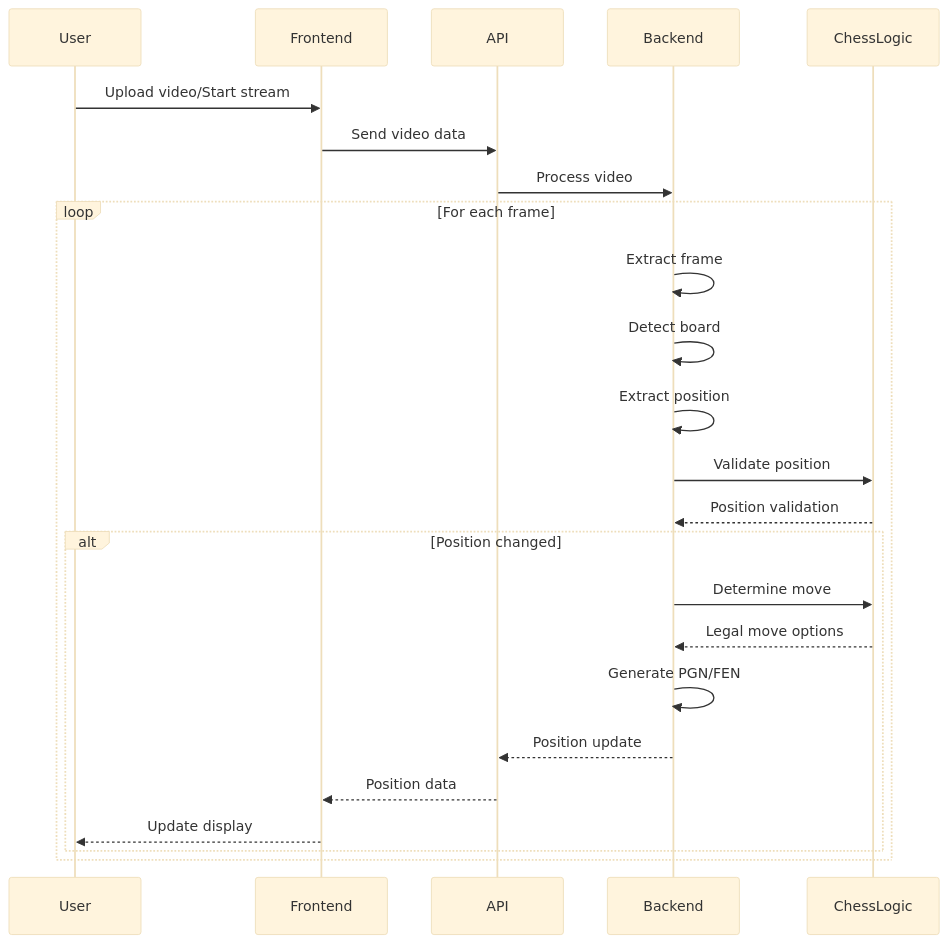
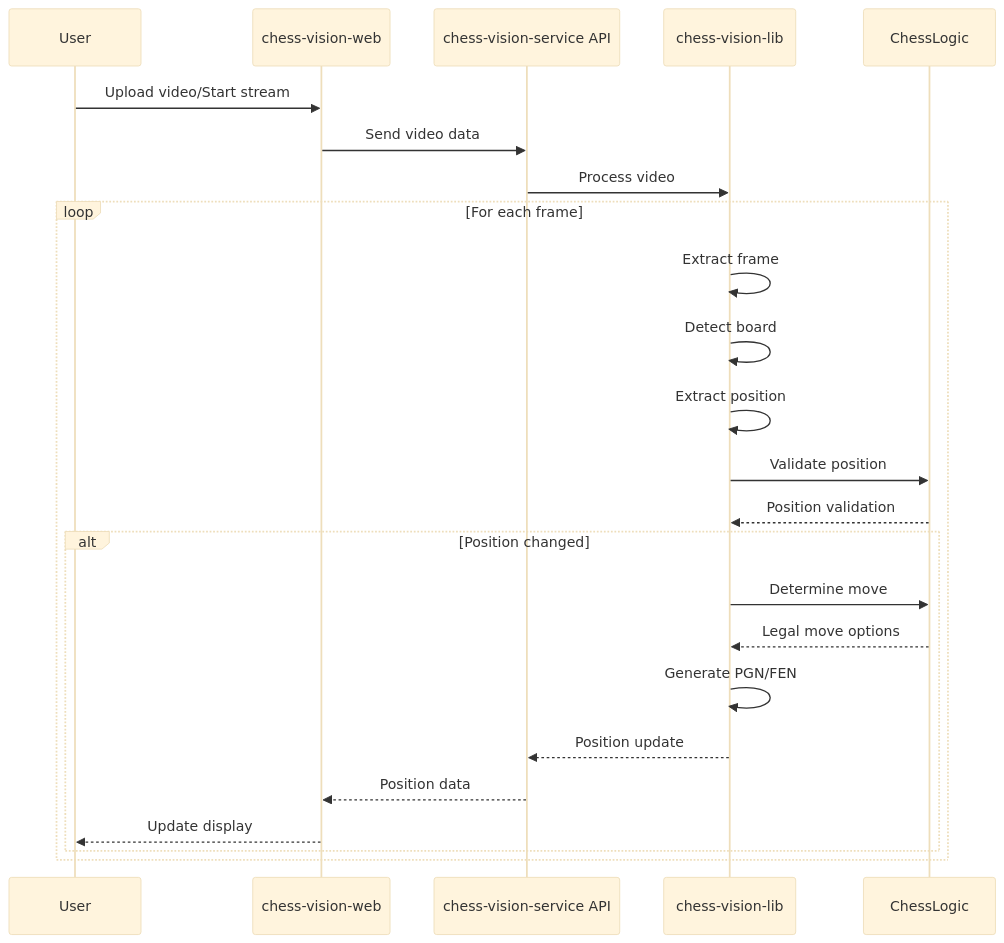
The second of 2 diagrams in memory-bank/systemPatterns.md (rsaiprasad/chessvision), drawn with Mermaid (base theme) before and after one commit. The commit also changed other lines of this file and 24 other files, not shown here.

````diff
--- a/memory-bank/systemPatterns.md
+++ b/memory-bank/systemPatterns.md
@@ -111,29 +123,29 @@
 ```mermaid
 sequenceDiagram
     participant User
-    participant Frontend
-    participant API
-    participant Backend
+    participant Frontend as chess-vision-web
+    participant API as chess-vision-service API
+    participant Library as chess-vision-lib
     participant ChessLogic
     
     User->>Frontend: Upload video/Start stream
     Frontend->>API: Send video data
-    API->>Backend: Process video
+    API->>Library: Process video
     
     loop For each frame
-        Backend->>Backend: Extract frame
-        Backend->>Backend: Detect board
-        Backend->>Backend: Extract position
-        Backend->>ChessLogic: Validate position
-        ChessLogic-->>Backend: Position validation
+        Library->>Library: Extract frame
+        Library->>Library: Detect board
+        Library->>Library: Extract position
+        Library->>ChessLogic: Validate position
+        ChessLogic-->>Library: Position validation
         
         alt Position changed
-            Backend->>ChessLogic: Determine move
-            ChessLogic-->>Backend: Legal move options
-            Backend->>Backend: Generate PGN/FEN
-            Backend-->>API: Position update
+            Library->>ChessLogic: Determine move
+            ChessLogic-->>Library: Legal move options
+            Library->>Library: Generate PGN/FEN
+            Library-->>API: Position update
             API-->>Frontend: Position data
             Frontend-->>User: Update display
         end
     end
 ```
````
